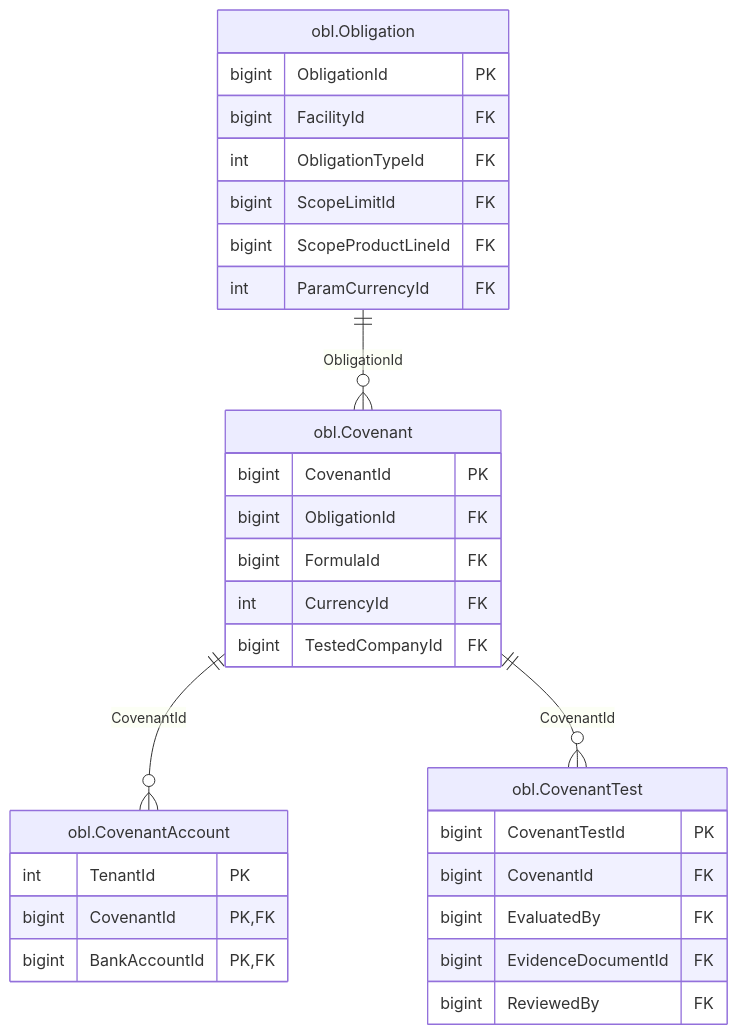
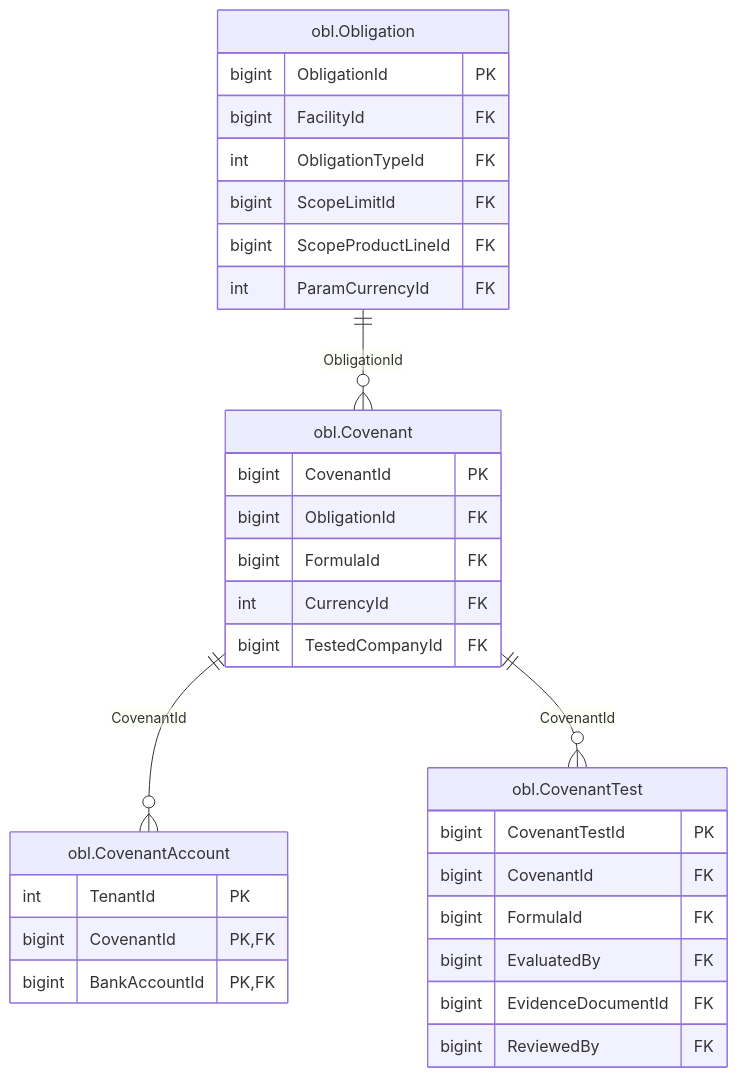
One commit to thawrasy/smartlines changed the diagram in treasury-platform/docs/diagrams/erd/m5_obligations_1.mmd. Above: the diagram before and after it, drawn with Mermaid. The commit also changed 104 other files, not shown here.

First line of the commit message:
External review package; design document and relationship charts updated for the slice entry conditions

```diff
--- a/treasury-platform/docs/diagrams/erd/m5_obligations_1.mmd
+++ b/treasury-platform/docs/diagrams/erd/m5_obligations_1.mmd
@@ -1,32 +1,33 @@
 %% م5 · الالتزامات والتعهدات (1/2) — Obligations, covenants & reporting
 erDiagram
   obl_Covenant["obl.Covenant"] {
     bigint CovenantId PK
     bigint ObligationId FK
     bigint FormulaId FK
     int CurrencyId FK
     bigint TestedCompanyId FK
   }
   obl_CovenantAccount["obl.CovenantAccount"] {
     int TenantId PK
     bigint CovenantId PK, FK
     bigint BankAccountId PK, FK
   }
   obl_CovenantTest["obl.CovenantTest"] {
     bigint CovenantTestId PK
     bigint CovenantId FK
+    bigint FormulaId FK
     bigint EvaluatedBy FK
     bigint EvidenceDocumentId FK
     bigint ReviewedBy FK
   }
   obl_Obligation["obl.Obligation"] {
     bigint ObligationId PK
     bigint FacilityId FK
     int ObligationTypeId FK
     bigint ScopeLimitId FK
     bigint ScopeProductLineId FK
     int ParamCurrencyId FK
   }
   obl_Covenant ||--o{ obl_CovenantAccount : "CovenantId"
   obl_Covenant ||--o{ obl_CovenantTest : "CovenantId"
   obl_Obligation ||--o{ obl_Covenant : "ObligationId"
```
